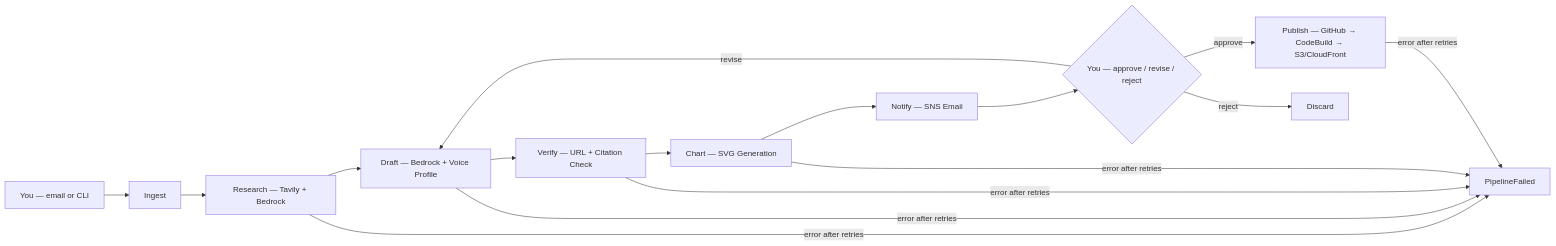
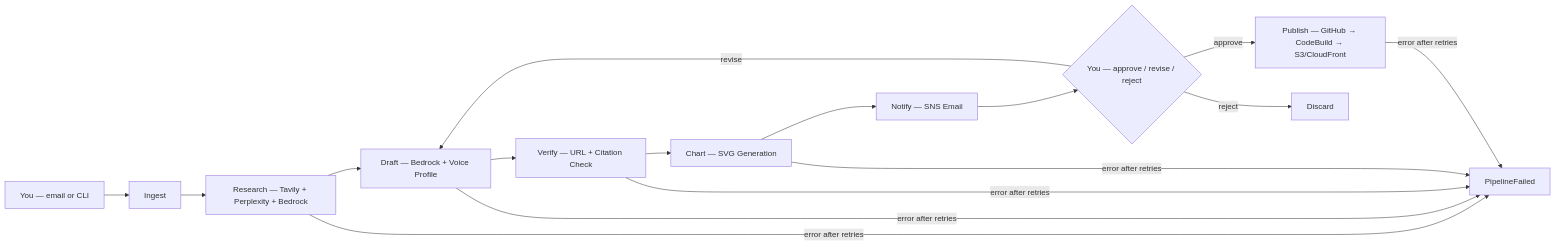
Before and after one commit to kzaky/khaledzaky.com: the diagram in agent/README.md, drawn with Mermaid. The commit also changed other lines of this file and 2 other files, not shown here.

Commit message:
docs: update README + module docstring for dual search (Tavily+Perplexity) and alarm improvements (HITLExpired, ErrorPath, scoped alarm, 10 Lambdas)

````diff
--- a/agent/README.md
+++ b/agent/README.md
@@ -15,18 +15,18 @@
 ```mermaid
 flowchart LR
     A[You — email or CLI] --> B[Ingest]
-    B --> C[Research — Tavily + Bedrock]
+    B --> C[Research — Tavily + Perplexity + Bedrock]
     C --> D[Draft — Bedrock + Voice Profile]
     D --> V[Verify — URL + Citation Check]
     V --> E[Chart — SVG Generation]
     E --> F[Notify — SNS Email]
     F --> G{You — approve / revise / reject}
     G -->|approve| H[Publish — GitHub → CodeBuild → S3/CloudFront]
     G -->|revise| D
     G -->|reject| I[Discard]
     C -->|error after retries| J[PipelineFailed]
     D -->|error after retries| J
     V -->|error after retries| J
     E -->|error after retries| J
     H -->|error after retries| J
 ```
````
